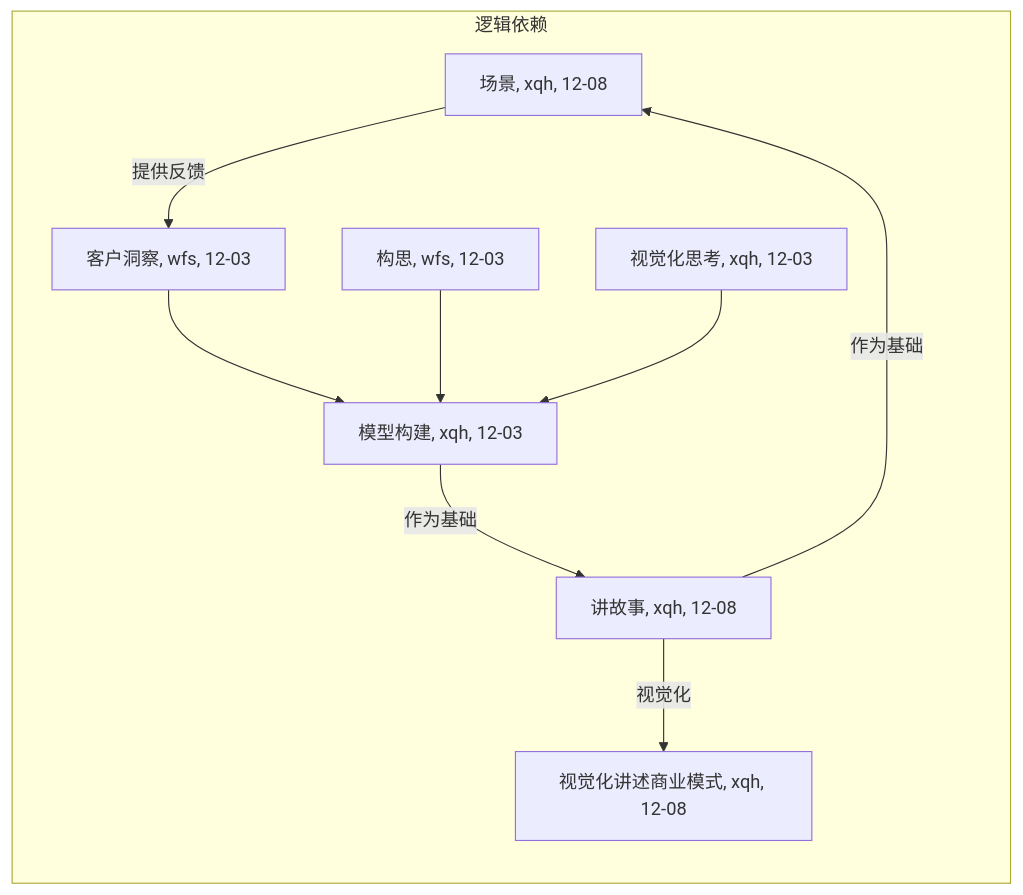
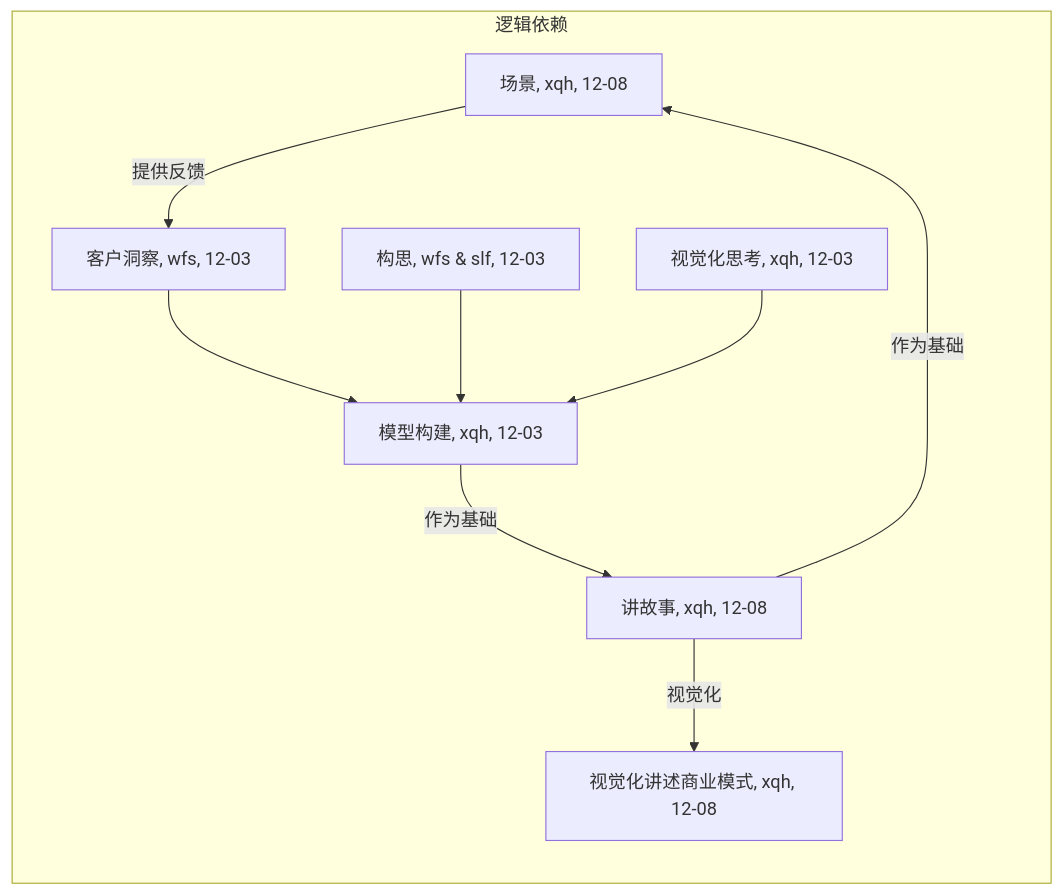
Before and after one commit to NJU-SE-Lab-Group/software-requirements-lab: the diagram in Lab3/Lab3-商业模式设计.md, drawn with Mermaid. The commit also changed other lines of this file, not shown here.

````diff
--- a/Lab3/Lab3-商业模式设计.md
+++ b/Lab3/Lab3-商业模式设计.md
@@ -20,12 +20,12 @@
 ```mermaid
 graph LR;
 subgraph 逻辑依赖
     scenarios -->|提供反馈| customerInsights
     customerInsights[客户洞察, wfs, 12-03] --> protoTyping[模型构建, xqh, 12-03]
-    indeation[构思, wfs, 12-03] --> protoTyping
+    indeation[构思, wfs & slf, 12-03] --> protoTyping
     visualThinking[视觉化思考, xqh, 12-03] --> protoTyping
     protoTyping -->|作为基础| storyTelling[讲故事, xqh, 12-08]
     storyTelling -->|视觉化| visualizeStory[视觉化讲述商业模式, xqh, 12-08]
     storyTelling -->|作为基础| scenarios[场景, xqh, 12-08]
 end
 ```
````
